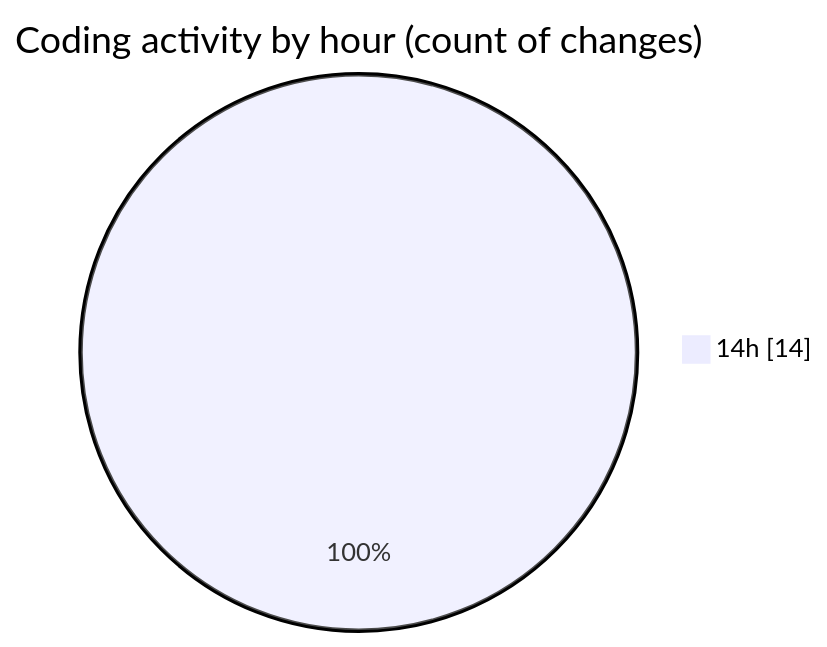
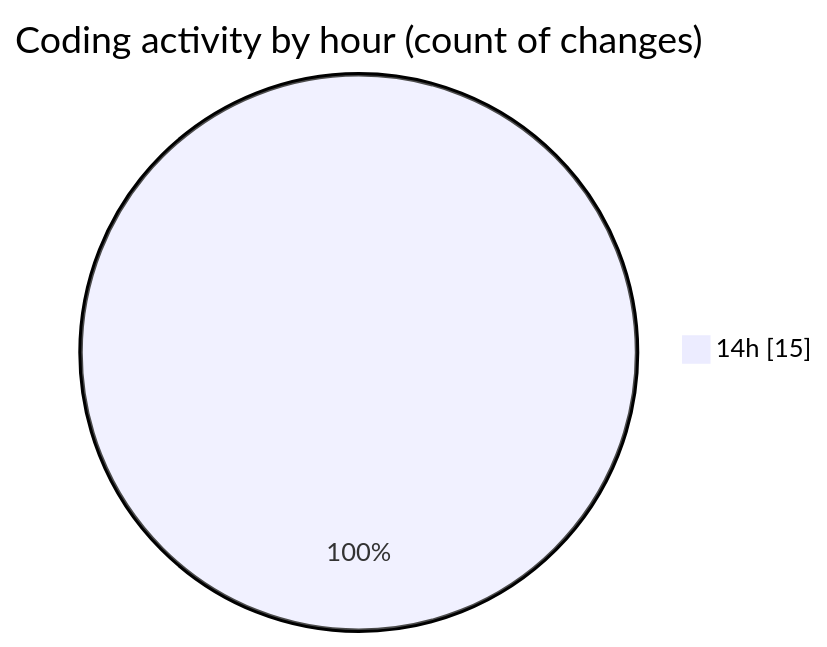
One commit to momahboobian/code-tracking changed the second of 2 diagrams in 2026-09-18/video-downloader/README.md. Above: the diagram before and after it, drawn with Mermaid. The commit also changed other lines of this file and 1 other file, not shown here.

````diff
--- a/2026-09-18/video-downloader/README.md
+++ b/2026-09-18/video-downloader/README.md
@@ -33,5 +33,5 @@
 ```mermaid
 pie showData
 title Coding activity by hour (count of changes)
-"14h" : 14
+"14h" : 15
 ```
````
